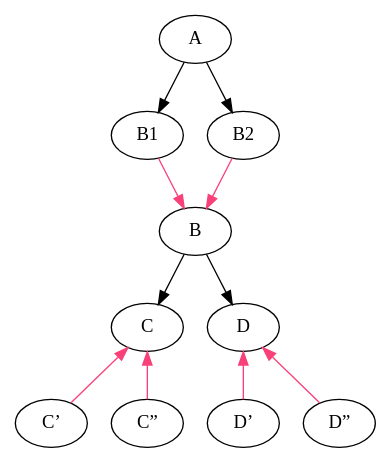
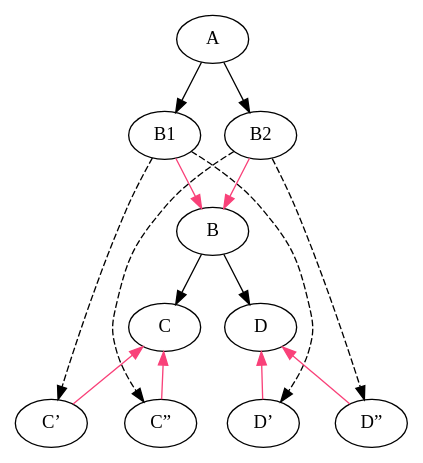
Before and after one commit to bendr/bender: the diagram in spec/fig/view-stack-3.gv, drawn with Graphviz. The commit also changed 3 other files, not shown here.

```diff
--- a/spec/fig/view-stack-3.gv
+++ b/spec/fig/view-stack-3.gv
@@ -1,27 +1,30 @@
 digraph tree {
   node [fontname="Avenir Next"];
   edge [fontname="Avenir Next"];
 
   A [ordering=out]
   B1 [ordering=out]
   B2 [ordering=out]
   A -> B1
   A -> B2
 
   B -> C
   B -> D
 
   C_ [label="C’"]
   C -> C_ [color="#f94179", dir=back]
   C__ [label="C”"]
   C -> C__ [color="#f94179", dir=back]
+  B1 -> C_ [style=dashed]
   B1 -> B [color="#f94179"]
+  B1 -> D_ [style=dashed]
 
 
   D_ [label="D’"]
   D -> D_ [color="#f94179", dir=back]
   D__ [label="D”"]
   D -> D__ [color="#f94179", dir=back]
+  B2 -> C__ [style=dashed]
   B2 -> B [color="#f94179"]
-
+  B2 -> D__ [style=dashed]
 }
```
